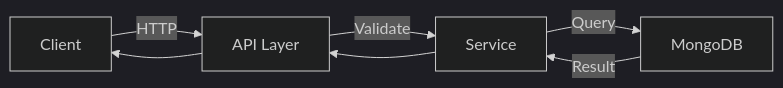
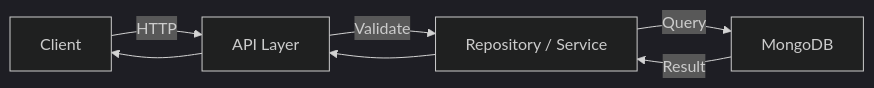
Before and after one commit to charanp2006/Electronics-Catalog: the diagram in docs/api-specification.md, drawn with Mermaid (dark theme). The commit also changed other lines of this file and 98 other files, not shown here.

````diff
--- a/docs/api-specification.md
+++ b/docs/api-specification.md
@@ -73,7 +111,7 @@
 ```mermaid
 flowchart LR
     C[Client] -->|HTTP| A[API Layer]
-    A -->|Validate| B[Service]
+    A -->|Validate| B[Repository / Service]
     B -->|Query| M[MongoDB]
     M -->|Result| B --> A --> C
 ```
````
